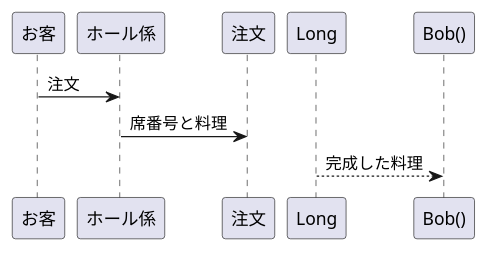
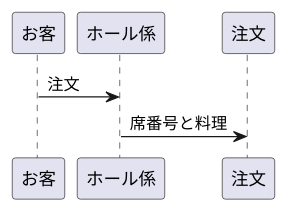
The diagram in cook.md (Aso2001171/2021sys-design), drawn with PlantUML before and after one commit.

````diff
--- a/cook.md
+++ b/cook.md
@@ -1,9 +1,8 @@
 ```uml
 @startuml
 お客-> "ホール係" : 注文
 "ホール係" -> "注文" :席番号と料理
-' You can also declare:
-' "Bob()" -> Long as "This is very\nlong"
-Long --> "Bob()" : 完成した料理
+
+
 @enduml
 ```
````
